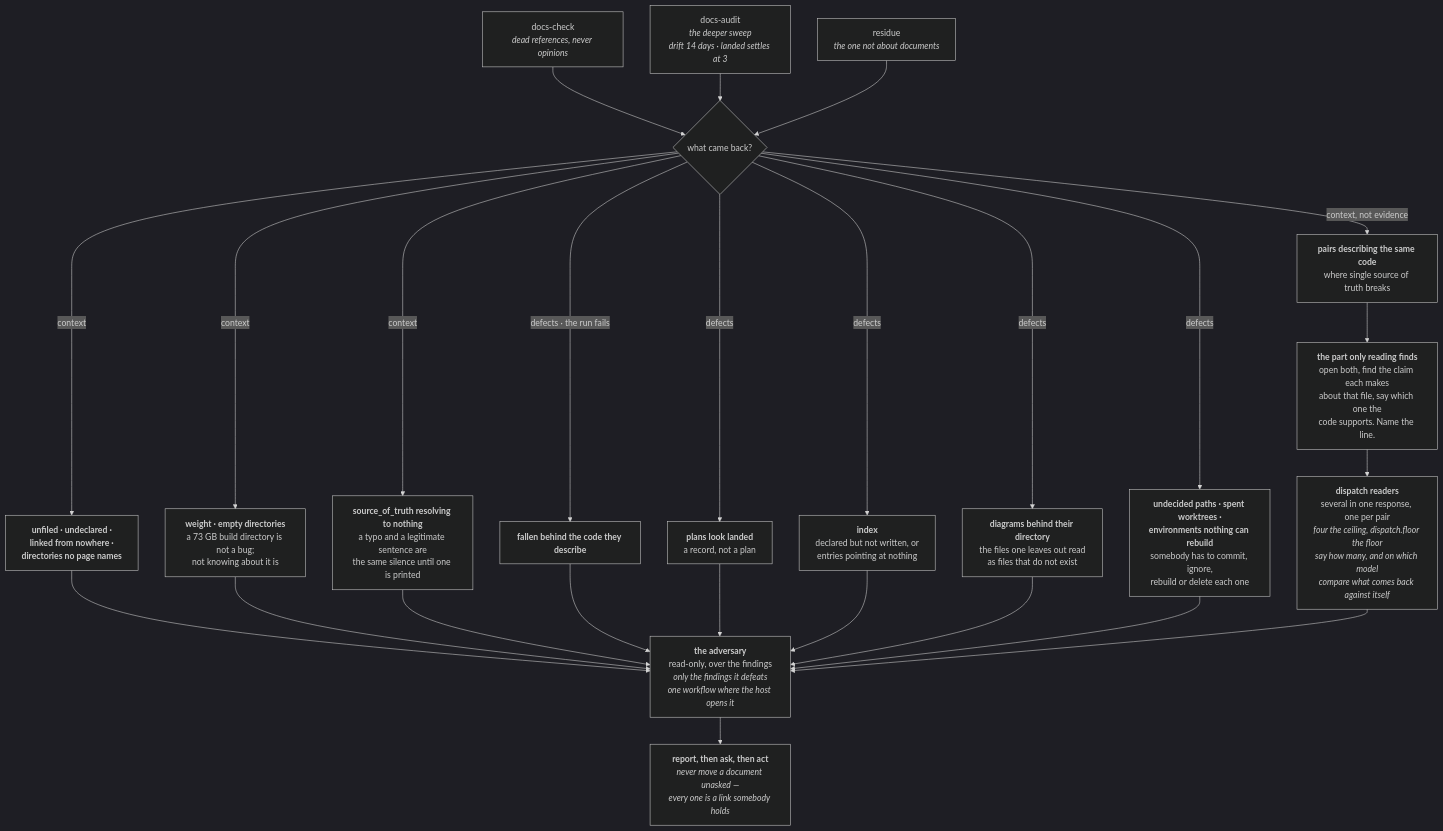
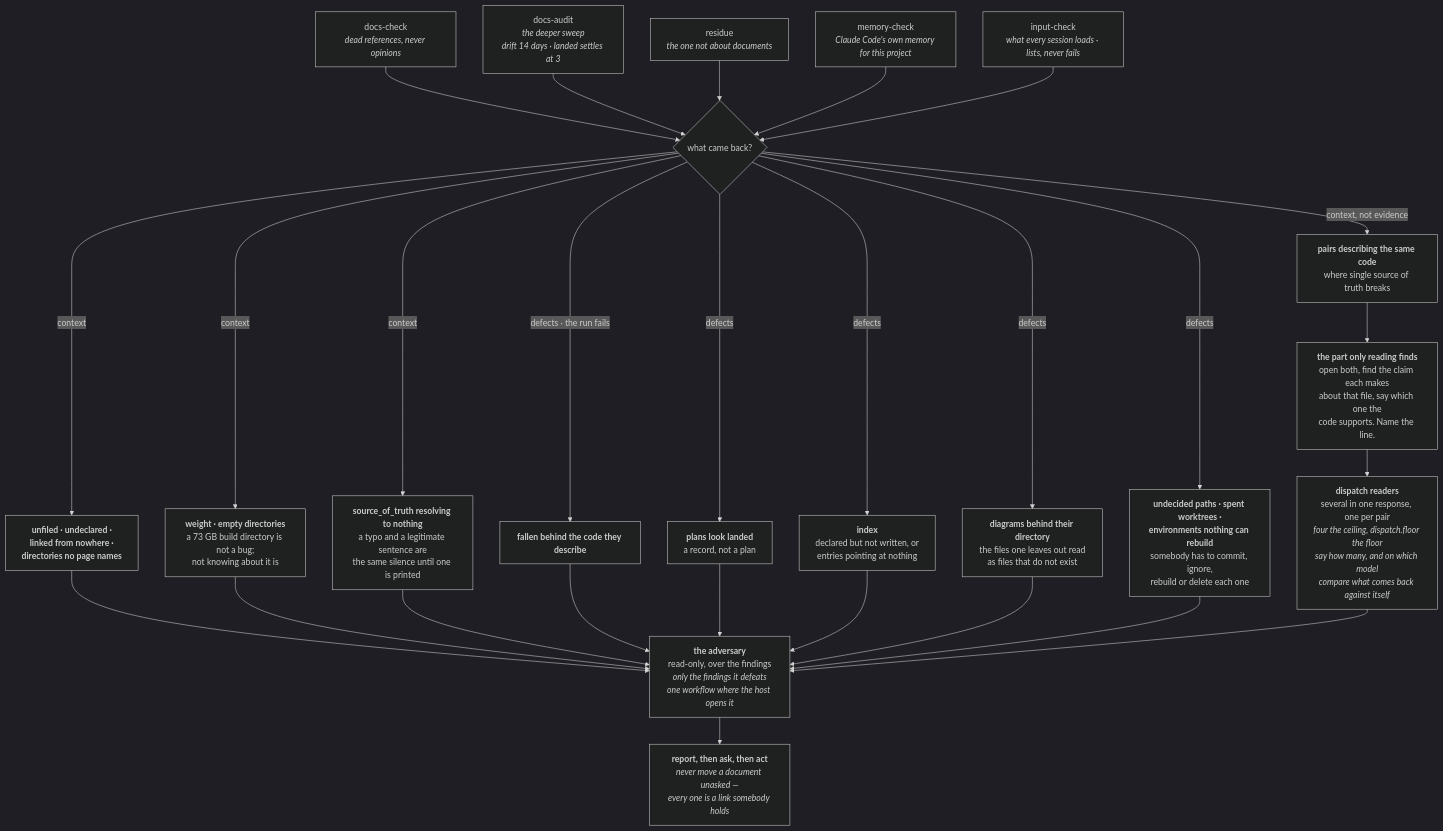
Before and after one commit to FanFantom9452/FanKeel: the seventh of 8 diagrams in docs/pipeline.md, drawn with Mermaid (dark theme). The commit also changed other lines of this file and 7 other files, not shown here.

````diff
--- a/docs/pipeline.md
+++ b/docs/pipeline.md
@@ -691,45 +691,49 @@
 ```mermaid
 flowchart TD
     A["docs-check<br/><i>dead references, never opinions</i>"]
     B["docs-audit<br/><i>the deeper sweep<br/>drift 14 days · landed settles at 3</i>"]
     A2["residue<br/><i>the one not about documents</i>"]
+    A3["memory-check<br/><i>Claude Code's own memory for this project</i>"]
+    A4["input-check<br/><i>what every session loads · lists, never fails</i>"]
     C{"what came back?"}
     D1["<b>fallen behind the code they describe</b>"]
     D2["<b>plans look landed</b><br/>a record, not a plan"]
     D3["<b>index</b><br/>declared but not written, or<br/>entries pointing at nothing"]
     D4["<b>diagrams behind their directory</b><br/>the files one leaves out read<br/>as files that do not exist"]
     D5["<b>undecided paths · spent worktrees ·<br/>environments nothing can rebuild</b><br/>somebody has to commit, ignore,<br/>rebuild or delete each one"]
     E1["<b>pairs describing the same code</b><br/>where single source of truth breaks"]
     E2["<b>unfiled · undeclared ·<br/>linked from nowhere ·<br/>directories no page names</b>"]
     E3["<b>weight · empty directories</b><br/>a 73 GB build directory is not a bug;<br/>not knowing about it is"]
     E4["<b>source_of_truth resolving to nothing</b><br/>a typo and a legitimate sentence are<br/>the same silence until one is printed"]
     F["<b>the part only reading finds</b><br/>open both, find the claim each makes<br/>about that file, say which one the<br/>code supports. Name the line."]
     F1["<b>dispatch readers</b><br/>several in one response, one per pair<br/><i>four the ceiling, dispatch.floor the floor</i><br/><i>say how many, and on which model</i><br/><i>compare what comes back against itself</i>"]
     F2["<b>the adversary</b><br/>read-only, over the findings<br/><i>only the findings it defeats</i><br/><i>one workflow where the host opens it</i>"]
     G["<b>report, then ask, then act</b><br/><i>never move a document unasked —<br/>every one is a link somebody holds</i>"]
 
     A --> C
     B --> C
     A2 --> C
+    A3 --> C
+    A4 --> C
     C -- "defects · the run fails" --> D1
     C -- "defects" --> D2
     C -- "defects" --> D3
     C -- "defects" --> D4
     C -- "defects" --> D5
     C -- "context, not evidence" --> E1
     C -- "context" --> E2
     C -- "context" --> E3
     C -- "context" --> E4
     E1 --> F
     E2 --> F2
     E3 --> F2
     E4 --> F2
     D1 --> F2
     D2 --> F2
     D3 --> F2
     D4 --> F2
     D5 --> F2
     F --> F1
     F1 --> F2
     F2 --> G
 ```
````
